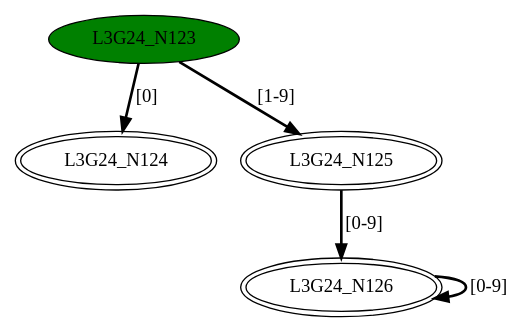
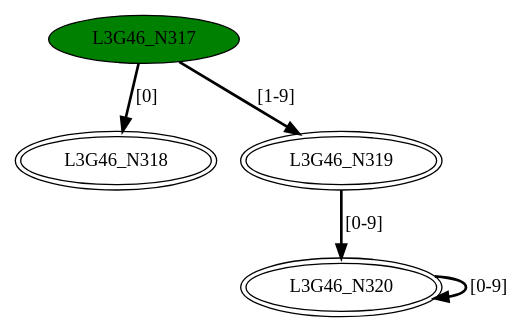
The diagram in DFASimulator/Testbench/mergeDFA3.dot (GDimitroulakos/EDUFLEX), drawn with Graphviz before and after one commit. The commit also changed 48 other files, not shown here.

```diff
--- a/DFASimulator/Testbench/mergeDFA3.dot
+++ b/DFASimulator/Testbench/mergeDFA3.dot
@@ -1,10 +1,10 @@
-digraph G24{
-"L3G24_N123" [style=filled,fillcolor=green];
-"L3G24_N124" [peripheries=2];
-"L3G24_N125" [peripheries=2];
-"L3G24_N126" [peripheries=2];
-"L3G24_N123"->"L3G24_N124" [style = bold, label = "[0]"];
-"L3G24_N123"->"L3G24_N125" [style = bold, label = "[1-9]"];
-"L3G24_N125"->"L3G24_N126" [style = bold, label = "[0-9]"];
-"L3G24_N126"->"L3G24_N126" [style = bold, label = "[0-9]"];
+digraph G46{
+"L3G46_N317" [style=filled,fillcolor=green];
+"L3G46_N318" [peripheries=2];
+"L3G46_N319" [peripheries=2];
+"L3G46_N320" [peripheries=2];
+"L3G46_N317"->"L3G46_N318" [style = bold, label = "[0]"];
+"L3G46_N317"->"L3G46_N319" [style = bold, label = "[1-9]"];
+"L3G46_N319"->"L3G46_N320" [style = bold, label = "[0-9]"];
+"L3G46_N320"->"L3G46_N320" [style = bold, label = "[0-9]"];
 }
```
